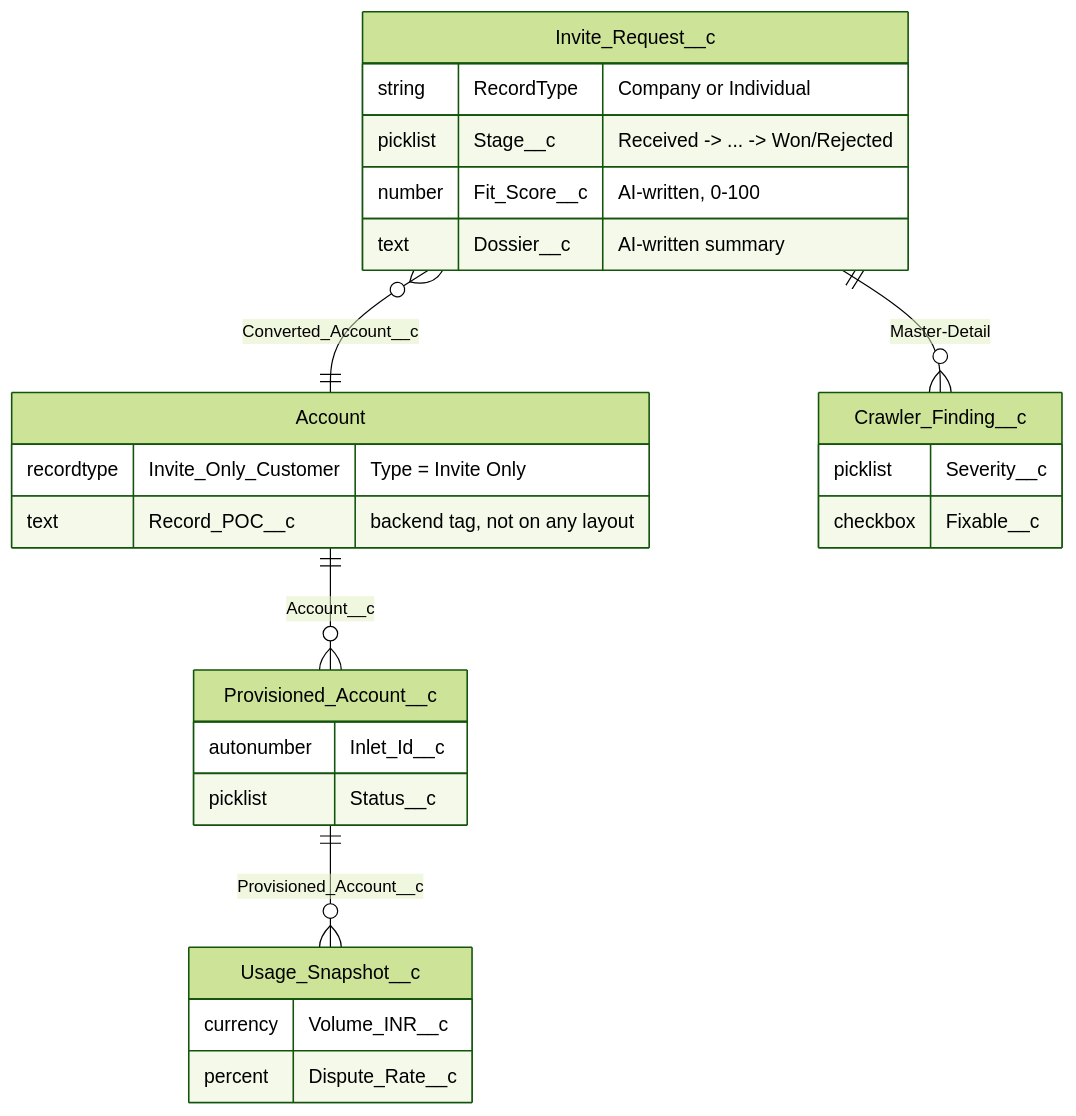
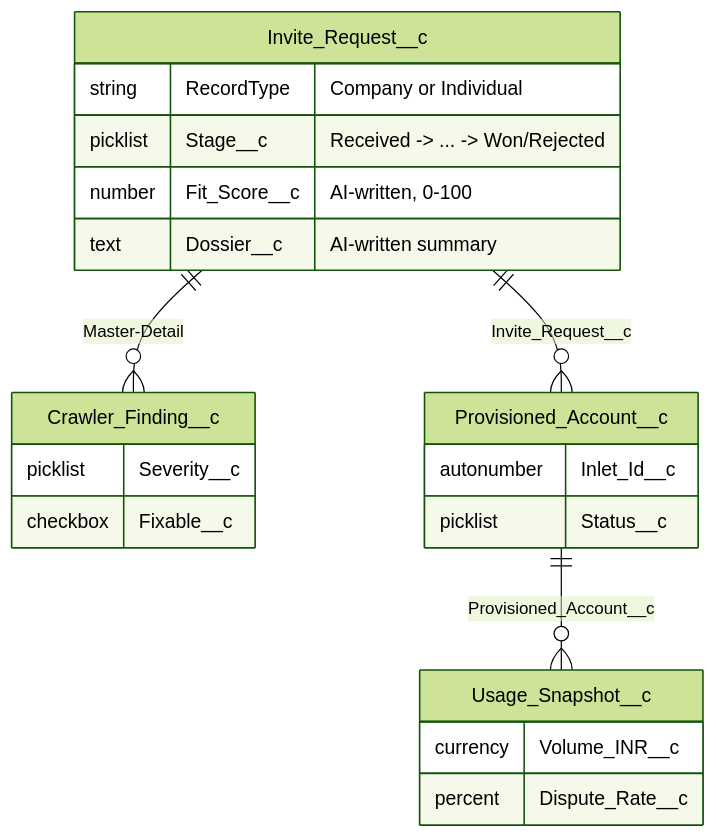
The first of 2 diagrams in README.md (imswarnil/Invite-Only-Onboarding-Portal), drawn with Mermaid (forest theme) before and after one commit. The commit also changed other lines of this file and 34 other files, not shown here.

First line of the commit message:
site: rebuild homepage as a landing page, add /roadmap and /learn, drop the invite form

````diff
--- a/README.md
+++ b/README.md
@@ -34,30 +34,25 @@
 ```mermaid
 erDiagram
-    Account ||--o{ Provisioned_Account__c : "Account__c"
-    Invite_Request__c }o--|| Account : "Converted_Account__c"
     Invite_Request__c ||--o{ Crawler_Finding__c : "Master-Detail"
+    Invite_Request__c ||--o{ Provisioned_Account__c : "Invite_Request__c"
     Provisioned_Account__c ||--o{ Usage_Snapshot__c : "Provisioned_Account__c"
 
     Invite_Request__c {
         string RecordType "Company or Individual"
         picklist Stage__c "Received -> ... -> Won/Rejected"
         number Fit_Score__c "AI-written, 0-100"
         text Dossier__c "AI-written summary"
     }
     Crawler_Finding__c {
         picklist Severity__c
         checkbox Fixable__c
     }
-    Account {
-        recordtype Invite_Only_Customer "Type = Invite Only"
-        text Record_POC__c "backend tag, not on any layout"
-    }
     Provisioned_Account__c {
         autonumber Inlet_Id__c
         picklist Status__c
     }
     Usage_Snapshot__c {
         currency Volume_INR__c
         percent Dispute_Rate__c
     }
 ```
````
